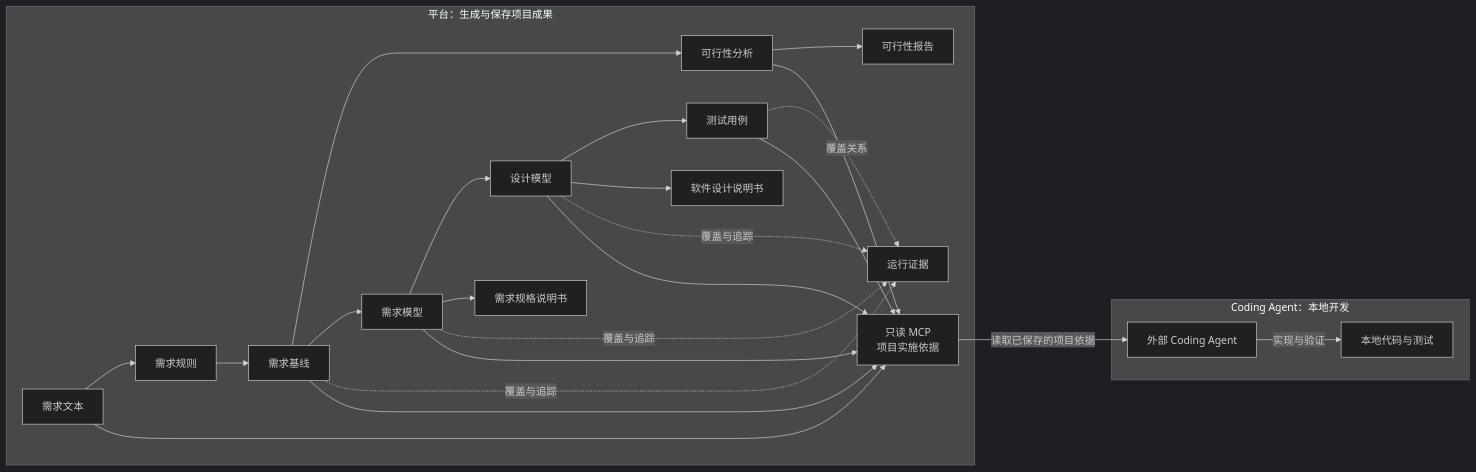
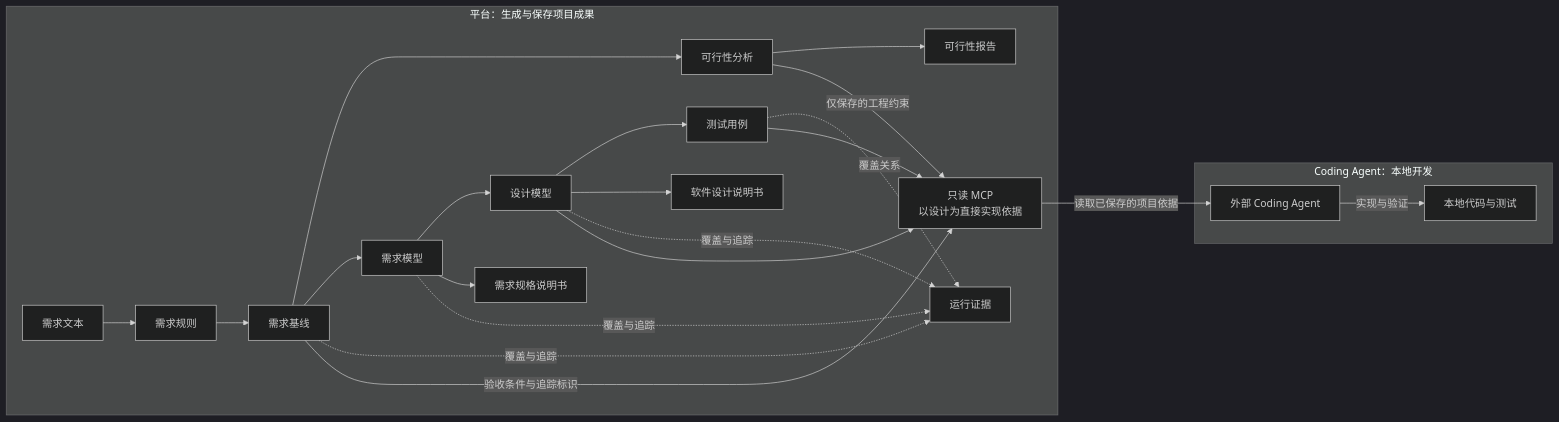
The first of 2 diagrams in readme-zh-cn.md (guolola/ai-software-engineering-platform), drawn with Mermaid (dark theme) before and after one commit. The commit also changed other lines of this file and 21 other files, not shown here.

````diff
--- a/readme-zh-cn.md
+++ b/readme-zh-cn.md
@@ -128,30 +130,29 @@
 ```mermaid
 flowchart LR
   subgraph platform["平台：生成与保存项目成果"]
     A["需求文本"] --> B["需求规则"]
     B --> C["需求基线"]
     C --> D["可行性分析"]
     C --> E["需求模型"]
     E --> F["设计模型"]
     F --> H["测试用例"]
     D --> I["可行性报告"]
     E --> J["需求规格说明书"]
     F --> K["软件设计说明书"]
     C -.覆盖与追踪.-> L["运行证据"]
     E -.覆盖与追踪.-> L
     F -.覆盖与追踪.-> L
     H -.覆盖关系.-> L
-    A --> M["只读 MCP<br/>项目实施依据"]
-    C --> M
-    D --> M
-    E --> M
+    M["只读 MCP<br/>以设计为直接实现依据"]
+    C -->|"验收条件与追踪标识"| M
+    D -->|"仅保存的工程约束"| M
     F --> M
     H --> M
   end
 
   subgraph agent["Coding Agent：本地开发"]
     G["外部 Coding Agent"] -->|"实现与验证"| N["本地代码与测试"]
   end
 
   M -->|"读取已保存的项目依据"| G
 ```
````
